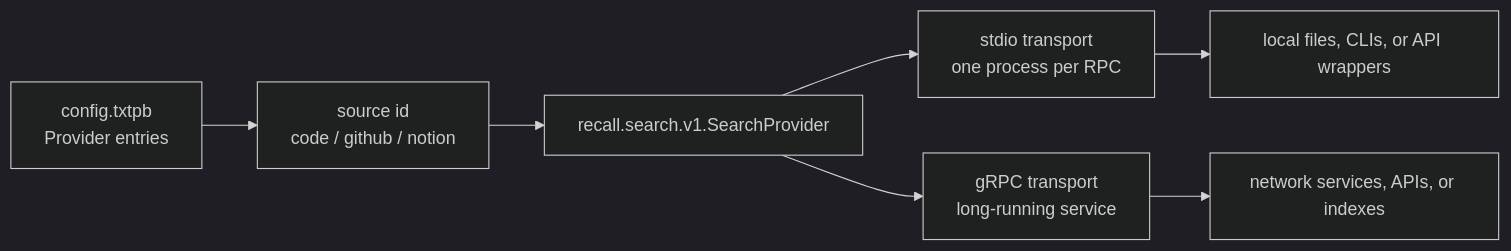
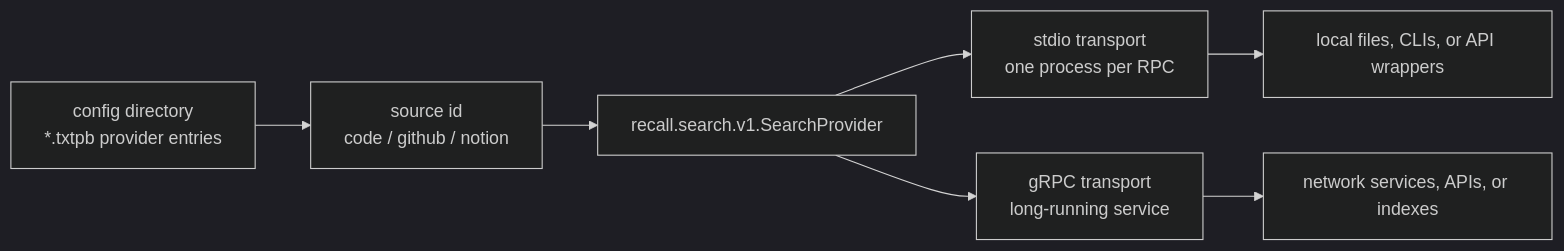
The first of 3 diagrams in docs/architecture.md (solodov/recall), drawn with Mermaid (dark theme) before and after one commit. The commit also changed other lines of this file and 9 other files, not shown here.

Commit message:
Simplify recall config directory loading

````diff
--- a/docs/architecture.md
+++ b/docs/architecture.md
@@ -63,9 +62,9 @@
 ```mermaid
 flowchart LR
-    Config["config.txtpb\nProvider entries"] --> Source["source id\ncode / github / notion"]
+    Config["config directory\n*.txtpb provider entries"] --> Source["source id\ncode / github / notion"]
     Source --> Contract["recall.search.v1.SearchProvider"]
     Contract --> Stdio["stdio transport\none process per RPC"]
     Contract --> GRPC["gRPC transport\nlong-running service"]
     Stdio --> Local["local files, CLIs, or API wrappers"]
     GRPC --> Remote["network services, APIs, or indexes"]
 ```
````
